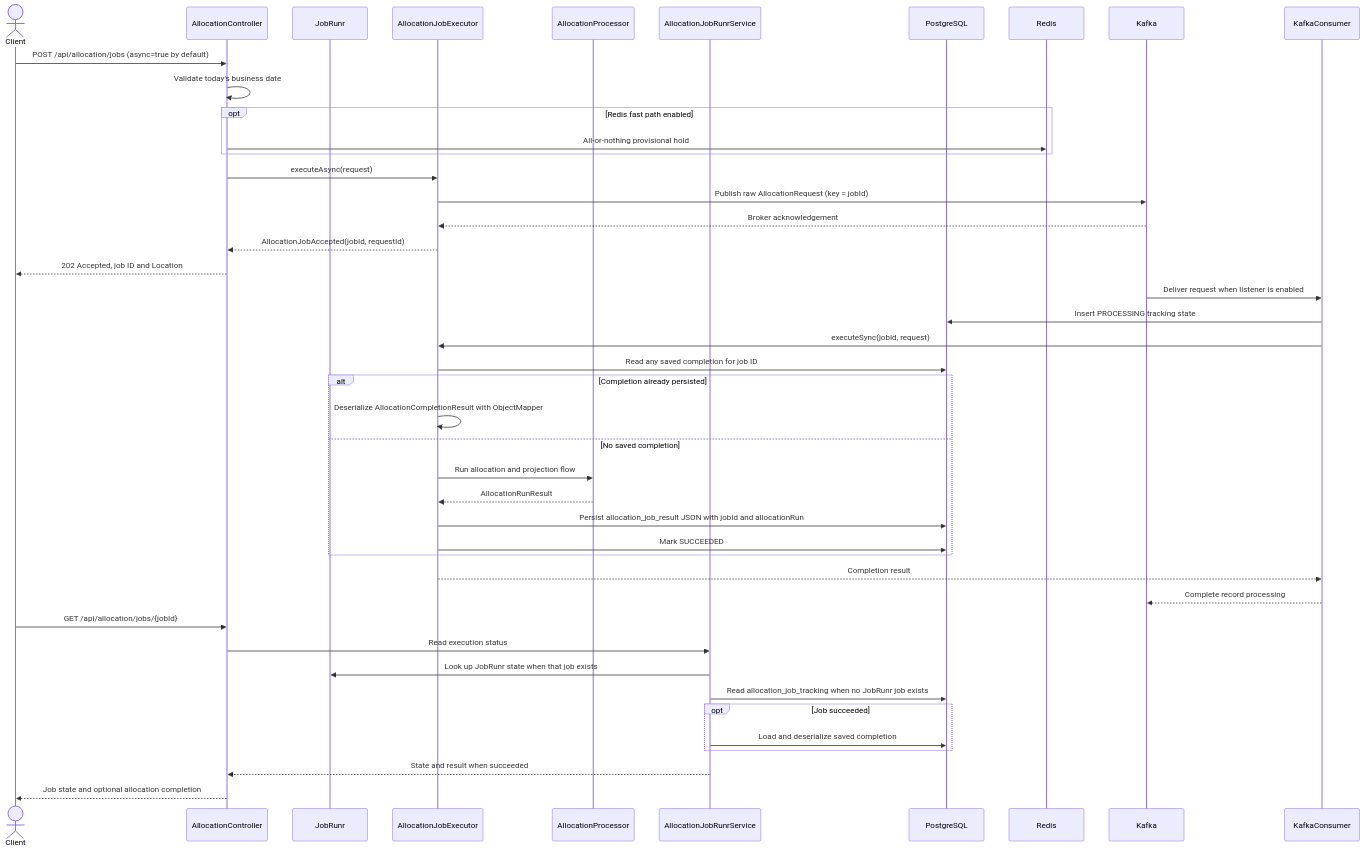
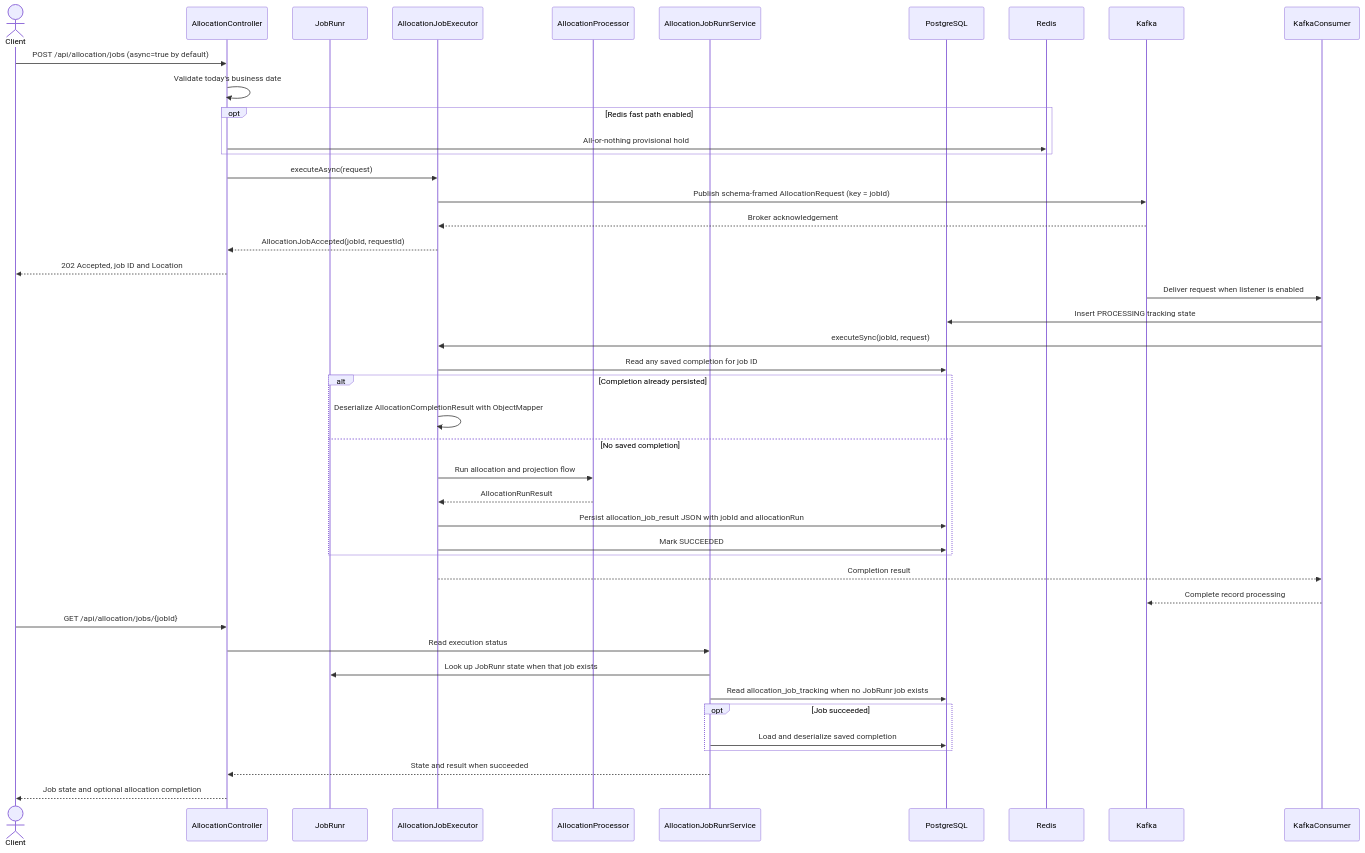
The fifth of 18 diagrams in docs/arch_supported_flows.md (vriesjo/stockio), drawn with Mermaid before and after one commit. The commit also changed 27 other files, not shown here.

First line of the commit message:
chore (webflux) - Strict JSON Schema for allocation Kafka records (#14)

````diff
--- a/docs/arch_supported_flows.md
+++ b/docs/arch_supported_flows.md
@@ -277,45 +277,45 @@
 ```mermaid
 sequenceDiagram
     actor Client
     participant REST as AllocationController
     participant Runtime as JobRunr
     participant Job as AllocationJobExecutor
     participant Processing as AllocationProcessor
     participant Status as AllocationJobRunrService
     participant DB as PostgreSQL
     participant Redis as Redis
 
     Client->>REST: POST /api/allocation/jobs (async=true by default)
     REST->>REST: Validate today's business date
     opt Redis fast path enabled
         REST->>Redis: All-or-nothing provisional hold
     end
     REST->>Job: executeAsync(request)
-    Job->>Kafka: Publish raw AllocationRequest (key = jobId)
+    Job->>Kafka: Publish schema-framed AllocationRequest (key = jobId)
     Kafka-->>Job: Broker acknowledgement
     Job-->>REST: AllocationJobAccepted(jobId, requestId)
     REST-->>Client: 202 Accepted, job ID and Location
     Kafka->>KafkaConsumer: Deliver request when listener is enabled
     KafkaConsumer->>DB: Insert PROCESSING tracking state
     KafkaConsumer->>Job: executeSync(jobId, request)
     Job->>DB: Read any saved completion for job ID
     alt Completion already persisted
         Job->>Job: Deserialize AllocationCompletionResult with ObjectMapper
     else No saved completion
         Job->>Processing: Run allocation and projection flow
         Processing-->>Job: AllocationRunResult
         Job->>DB: Persist allocation_job_result JSON with jobId and allocationRun
         Job->>DB: Mark SUCCEEDED
     end
     Job-->>KafkaConsumer: Completion result
     KafkaConsumer-->>Kafka: Complete record processing
     Client->>REST: GET /api/allocation/jobs/{jobId}
     REST->>Status: Read execution status
     Status->>Runtime: Look up JobRunr state when that job exists
     Status->>DB: Read allocation_job_tracking when no JobRunr job exists
     opt Job succeeded
         Status->>DB: Load and deserialize saved completion
     end
     Status-->>REST: State and result when succeeded
     REST-->>Client: Job state and optional allocation completion
 ```
````
